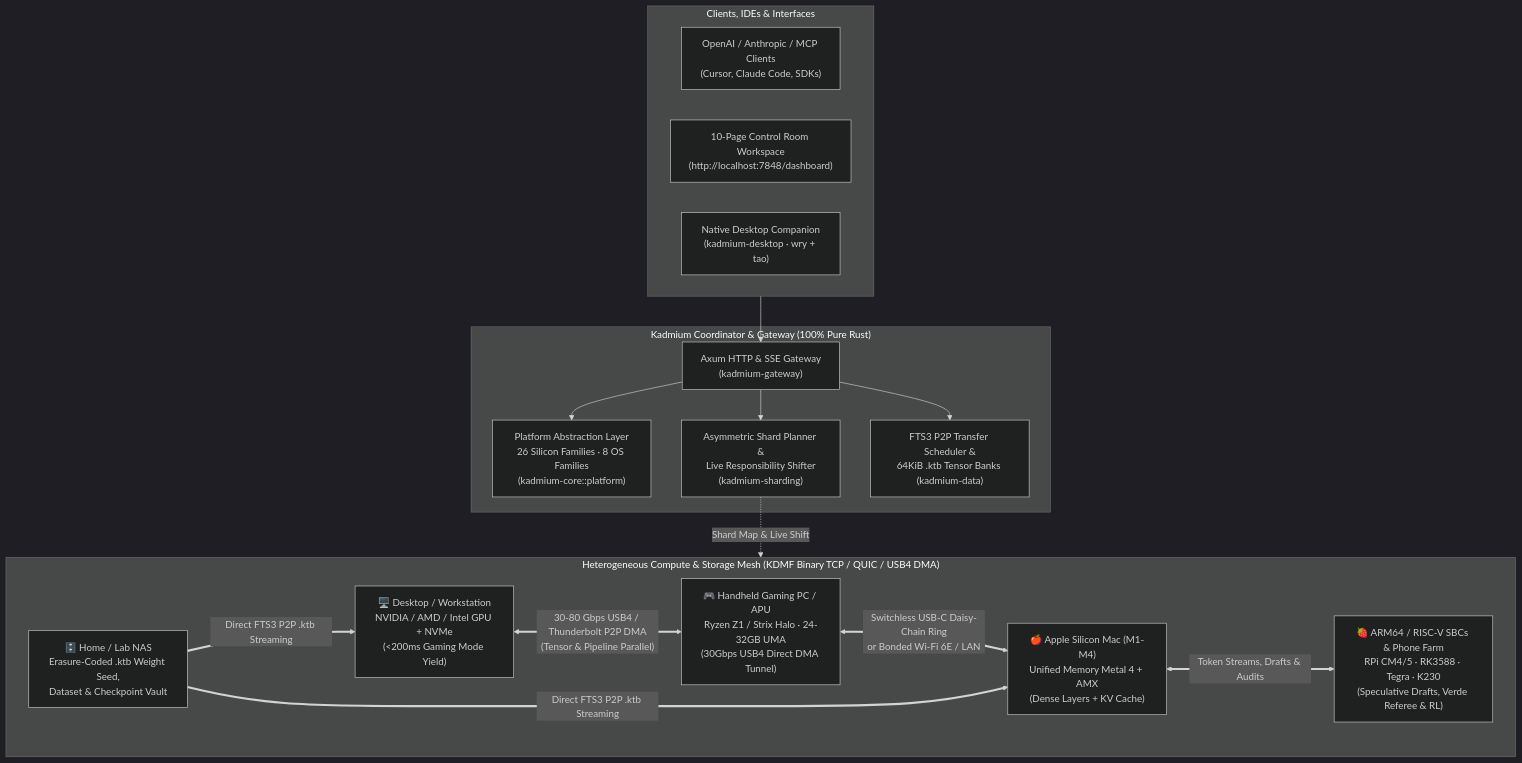
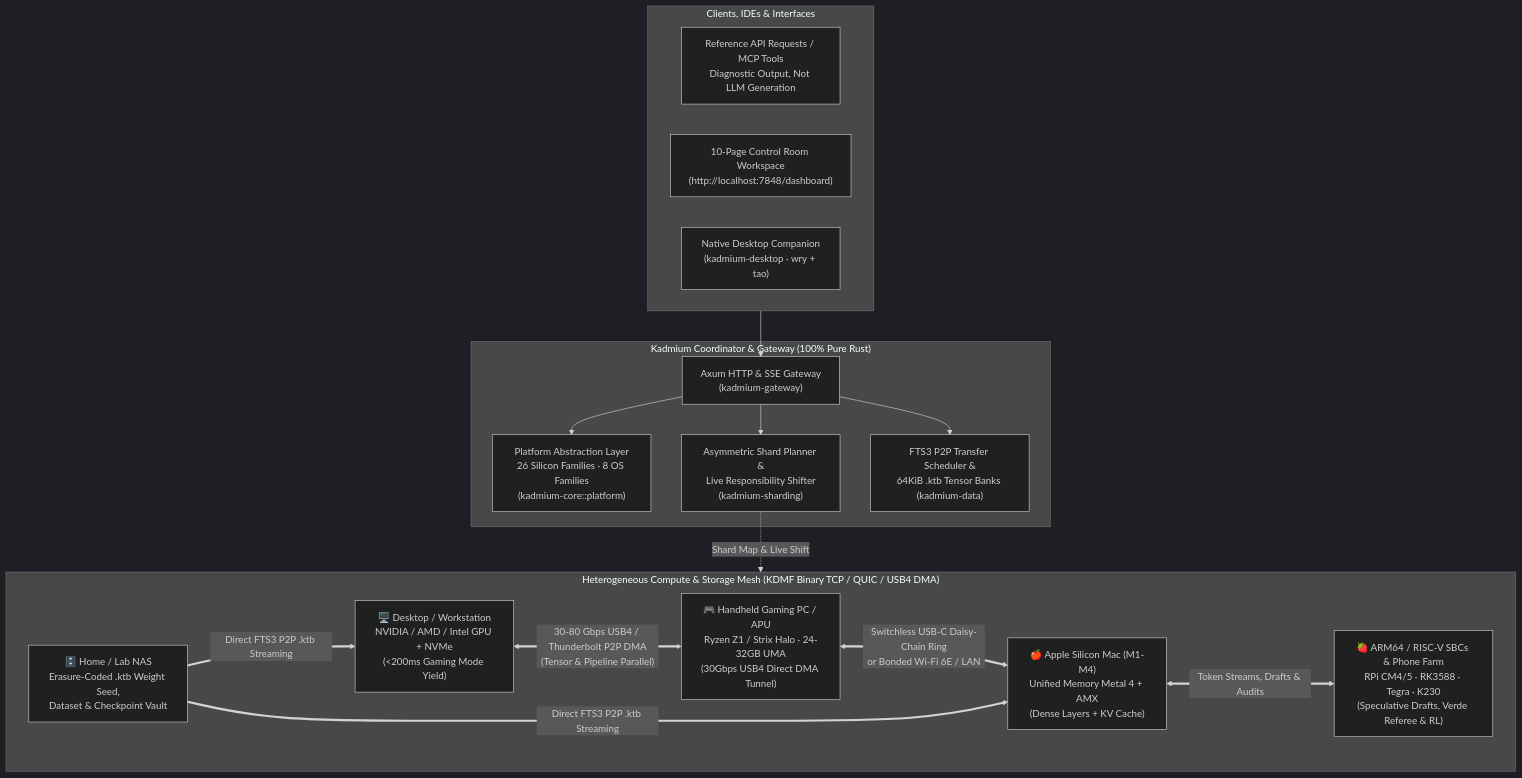
The diagram in readme.md (mESmaC/Kadmium), drawn with Mermaid (dark theme) before and after one commit. The commit also changed other lines of this file and 17 other files, not shown here.

````diff
--- a/readme.md
+++ b/readme.md
@@ -123,35 +125,35 @@
 ```mermaid
 flowchart TB
     subgraph Clients["Clients, IDEs & Interfaces"]
-        API["OpenAI / Anthropic / MCP Clients\n(Cursor, Claude Code, SDKs)"]
+        API["Reference API Requests / MCP Tools\nDiagnostic Output, Not LLM Generation"]
         ControlRoom["10-Page Control Room Workspace\n(http://localhost:7848/dashboard)"]
         Companion["Native Desktop Companion\n(kadmium-desktop · wry + tao)"]
     end
 
     subgraph ControlPlane["Kadmium Coordinator & Gateway (100% Pure Rust)"]
         Gateway["Axum HTTP & SSE Gateway\n(kadmium-gateway)"]
         PlatformLayer["Platform Abstraction Layer\n26 Silicon Families · 8 OS Families\n(kadmium-core::platform)"]
         ShardPlanner["Asymmetric Shard Planner &\nLive Responsibility Shifter\n(kadmium-sharding)"]
         FTS["FTS3 P2P Transfer Scheduler &\n64KiB .ktb Tensor Banks (kadmium-data)"]
     end
 
     subgraph Mesh["Heterogeneous Compute & Storage Mesh (KDMF Binary TCP / QUIC / USB4 DMA)"]
         MainPC["🖥️ Desktop / Workstation\nNVIDIA / AMD / Intel GPU + NVMe\n(<200ms Gaming Mode Yield)"]
         Handheld["🎮 Handheld Gaming PC / APU\nRyzen Z1 / Strix Halo · 24-32GB UMA\n(30Gbps USB4 Direct DMA Tunnel)"]
         MacMini["🍎 Apple Silicon Mac (M1-M4)\nUnified Memory Metal 4 + AMX\n(Dense Layers + KV Cache)"]
         SBCs["🍓 ARM64 / RISC-V SBCs & Phone Farm\nRPi CM4/5 · RK3588 · Tegra · K230\n(Speculative Drafts, Verde Referee & RL)"]
         NAS["🗄️ Home / Lab NAS\nErasure-Coded .ktb Weight Seed,\nDataset & Checkpoint Vault"]
     end
 
     Clients --> Gateway
     Gateway --> PlatformLayer
     Gateway --> ShardPlanner
     Gateway --> FTS
 
     ShardPlanner -. "Shard Map & Live Shift" .-> Mesh
     MainPC <== "30-80 Gbps USB4 / Thunderbolt P2P DMA\n(Tensor & Pipeline Parallel)" ==> Handheld
     Handheld <== "Switchless USB-C Daisy-Chain Ring\nor Bonded Wi-Fi 6E / LAN" ==> MacMini
     NAS == "Direct FTS3 P2P .ktb Streaming" ==> MainPC
     NAS == "Direct FTS3 P2P .ktb Streaming" ==> MacMini
     MacMini <== "Token Streams, Drafts & Audits" ==> SBCs
 ```
````
